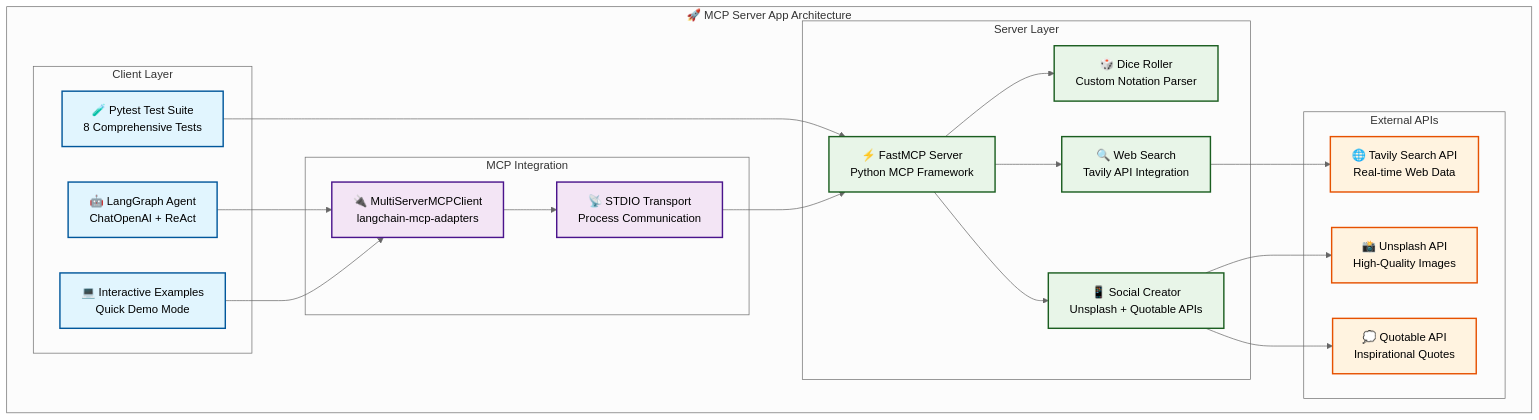
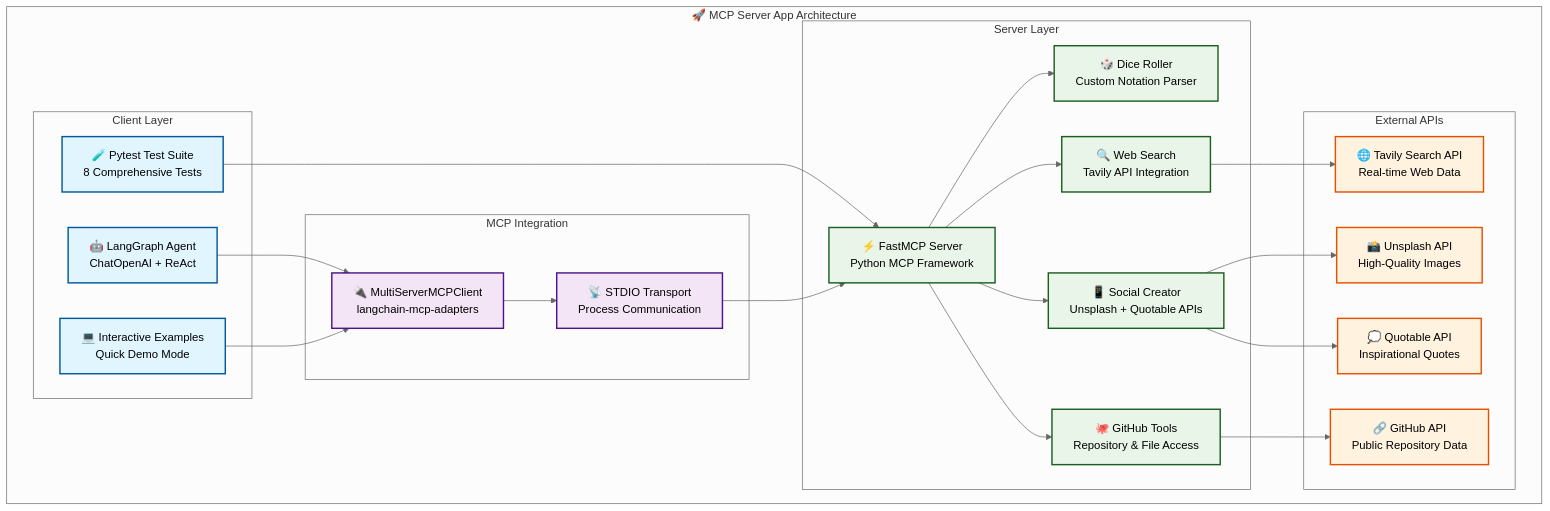
One commit to ovokpus/MCP-Server-App changed the diagram in README.md. Above: the diagram before and after it, drawn with Mermaid (neutral theme). The commit also changed other lines of this file and 3 other files, not shown here.

````diff
--- a/README.md
+++ b/README.md
@@ -9,52 +9,56 @@
 ```mermaid
 graph TD
     subgraph "🚀 MCP Server App Architecture"
         subgraph "Client Layer"
             A["🤖 LangGraph Agent<br/>ChatOpenAI + ReAct"] 
             B["💻 Interactive Examples<br/>Quick Demo Mode"]
             C["🧪 Pytest Test Suite<br/>8 Comprehensive Tests"]
         end
         
         subgraph "MCP Integration"
             D["🔌 MultiServerMCPClient<br/>langchain-mcp-adapters"]
             E["📡 STDIO Transport<br/>Process Communication"]
         end
         
         subgraph "Server Layer"
             F["⚡ FastMCP Server<br/>Python MCP Framework"]
             G["🎲 Dice Roller<br/>Custom Notation Parser"]
             H["🔍 Web Search<br/>Tavily API Integration"]
             I["📱 Social Creator<br/>Unsplash + Quotable APIs"]
+            M["🐙 GitHub Tools<br/>Repository & File Access"]
         end
         
         subgraph "External APIs"
             J["🌐 Tavily Search API<br/>Real-time Web Data"]
             K["📸 Unsplash API<br/>High-Quality Images"]
             L["💭 Quotable API<br/>Inspirational Quotes"]
+            N["🔗 GitHub API<br/>Public Repository Data"]
         end
     end
     
     %% Connections
     A --> D
     B --> D
     C --> F
     D --> E
     E --> F
     F --> G
     F --> H
     F --> I
+    F --> M
     H --> J
     I --> K
     I --> L
+    M --> N
     
     %% Styling
     classDef clientStyle fill:#e1f5fe,stroke:#01579b,stroke-width:2px,color:#000
     classDef mcpStyle fill:#f3e5f5,stroke:#4a148c,stroke-width:2px,color:#000
     classDef serverStyle fill:#e8f5e8,stroke:#1b5e20,stroke-width:2px,color:#000
     classDef apiStyle fill:#fff3e0,stroke:#e65100,stroke-width:2px,color:#000
     
     class A,B,C clientStyle
     class D,E mcpStyle
-    class F,G,H,I serverStyle
-    class J,K,L apiStyle
+    class F,G,H,I,M serverStyle
+    class J,K,L,N apiStyle
 ```
````
